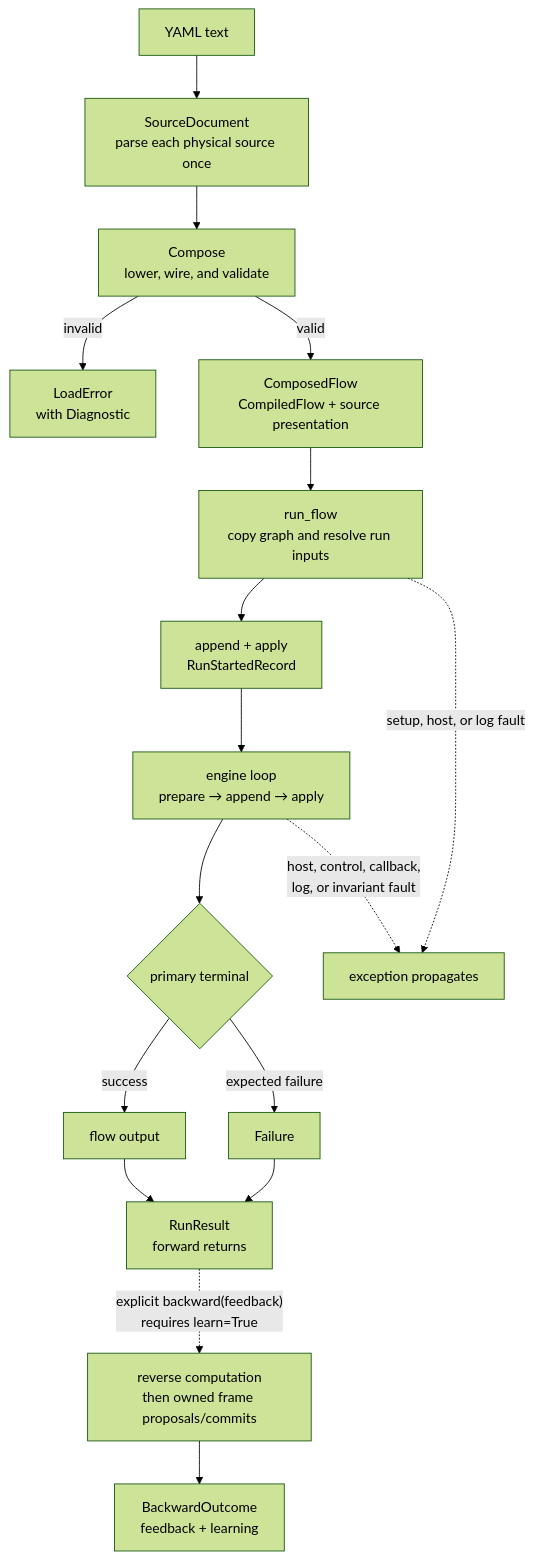
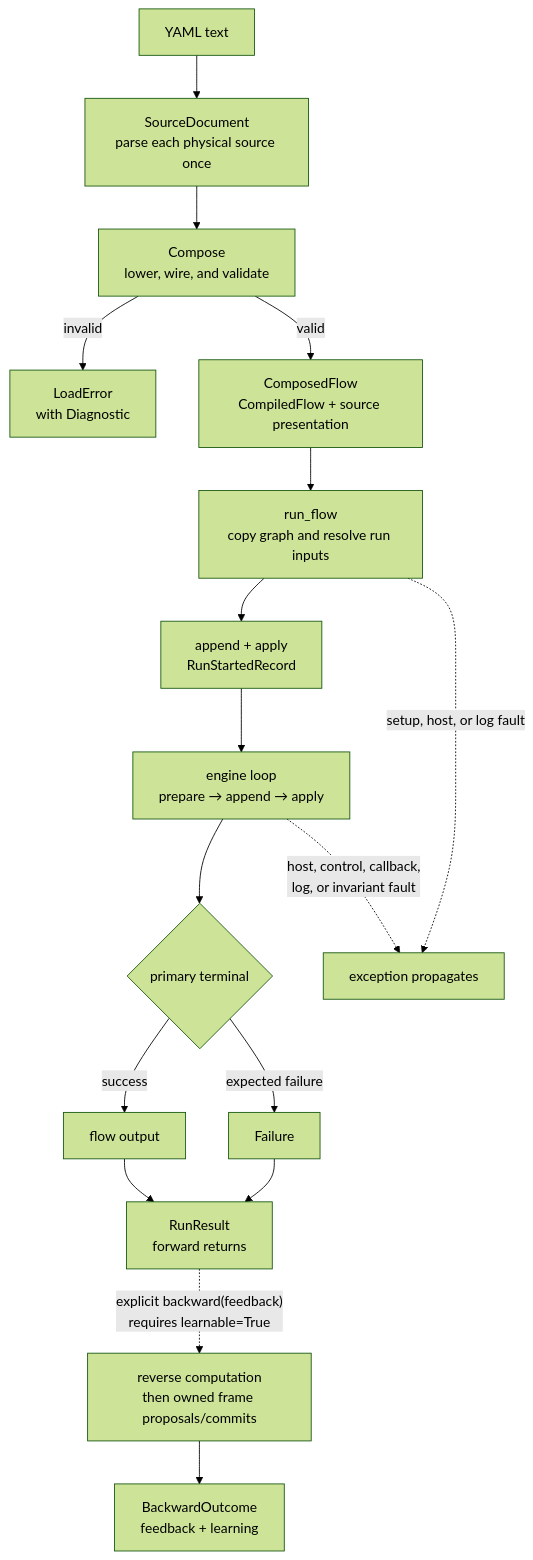
The first of 2 diagrams in docs/architecture.md (ngocbh/yian), drawn with Mermaid (forest theme) before and after one commit. The commit also changed other lines of this file and 36 other files, not shown here.

````diff
--- a/docs/architecture.md
+++ b/docs/architecture.md
@@ -14,21 +14,21 @@
 ```mermaid
 flowchart TD
     yaml["YAML text"] --> document["SourceDocument<br/>parse each physical source once"]
     document --> compose["Compose<br/>lower, wire, and validate"]
     compose -->|invalid| load_error["LoadError<br/>with Diagnostic"]
     compose -->|valid| composed["ComposedFlow<br/>CompiledFlow + source presentation"]
 
     composed --> initialize["run_flow<br/>copy graph and resolve run inputs"]
     initialize --> started["append + apply<br/>RunStartedRecord"]
     started --> loop["engine loop<br/>prepare → append → apply"]
     loop --> terminal{"primary terminal"}
     terminal -->|success| output["flow output"]
     terminal -->|expected failure| failure["Failure"]
     output --> result["RunResult<br/>forward returns"]
     failure --> result
-    result -. "explicit backward(feedback)<br/>requires learn=True" .-> backward["reverse computation<br/>then owned frame proposals/commits"]
+    result -. "explicit backward(feedback)<br/>requires learnable=True" .-> backward["reverse computation<br/>then owned frame proposals/commits"]
     backward --> outcome["BackwardOutcome<br/>feedback + learning"]
 
     initialize -. "setup, host, or log fault" .-> raised["exception propagates"]
     loop -. "host, control, callback,<br/>log, or invariant fault" .-> raised
 ```
````
